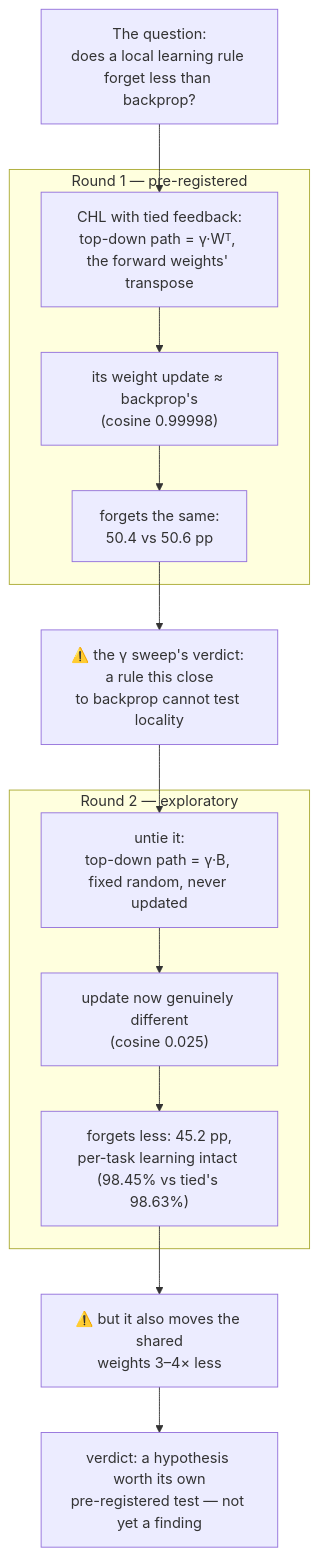
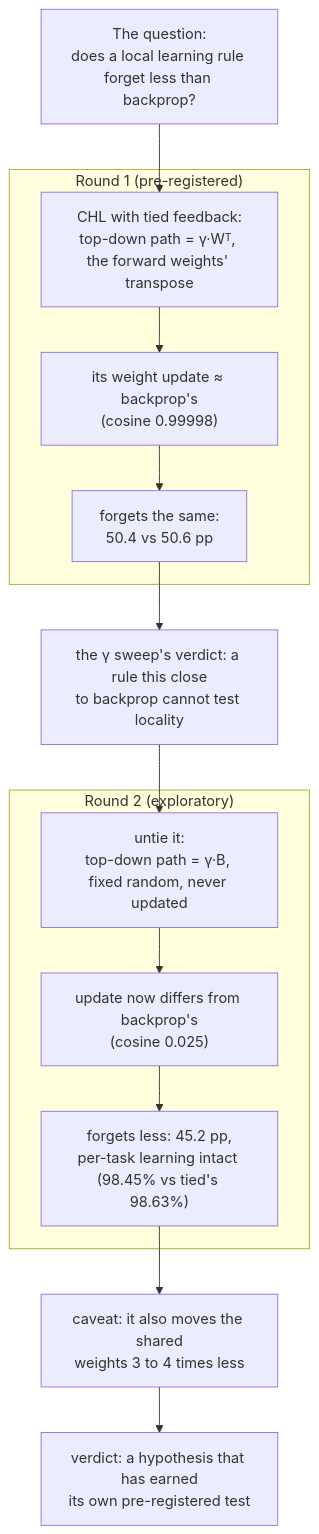
One commit to madara88645/does-locality-help changed the diagram in README.md. Above: the diagram before and after it, drawn with Mermaid. The commit also changed other lines of this file, not shown here.

````diff
--- a/README.md
+++ b/README.md
@@ -18,19 +18,19 @@
 ```mermaid
 flowchart TD
     Q["The question:<br/>does a local learning rule forget less than backprop?"]
     Q --> A
-    subgraph R1 ["Round 1 — pre-registered"]
+    subgraph R1 ["Round 1 (pre-registered)"]
         A["CHL with tied feedback:<br/>top-down path = γ·Wᵀ, the forward weights' transpose"]
         A --> B["its weight update ≈ backprop's<br/>(cosine 0.99998)"]
         B --> C["forgets the same:<br/>50.4 vs 50.6 pp"]
     end
-    C --> D["⚠️ the γ sweep's verdict: a rule this close<br/>to backprop cannot test locality"]
+    C --> D["the γ sweep's verdict: a rule this close<br/>to backprop cannot test locality"]
     D --> E
-    subgraph R2 ["Round 2 — exploratory"]
+    subgraph R2 ["Round 2 (exploratory)"]
         E["untie it:<br/>top-down path = γ·B, fixed random, never updated"]
-        E --> F["update now genuinely different<br/>(cosine 0.025)"]
+        E --> F["update now differs from backprop's<br/>(cosine 0.025)"]
         F --> G["forgets less: 45.2 pp,<br/>per-task learning intact (98.45% vs tied's 98.63%)"]
     end
-    G --> H["⚠️ but it also moves the shared<br/>weights 3–4× less"]
-    H --> V["verdict: a hypothesis worth its own<br/>pre-registered test — not yet a finding"]
+    G --> H["caveat: it also moves the shared<br/>weights 3 to 4 times less"]
+    H --> V["verdict: a hypothesis that has earned<br/>its own pre-registered test"]
 ```
````
